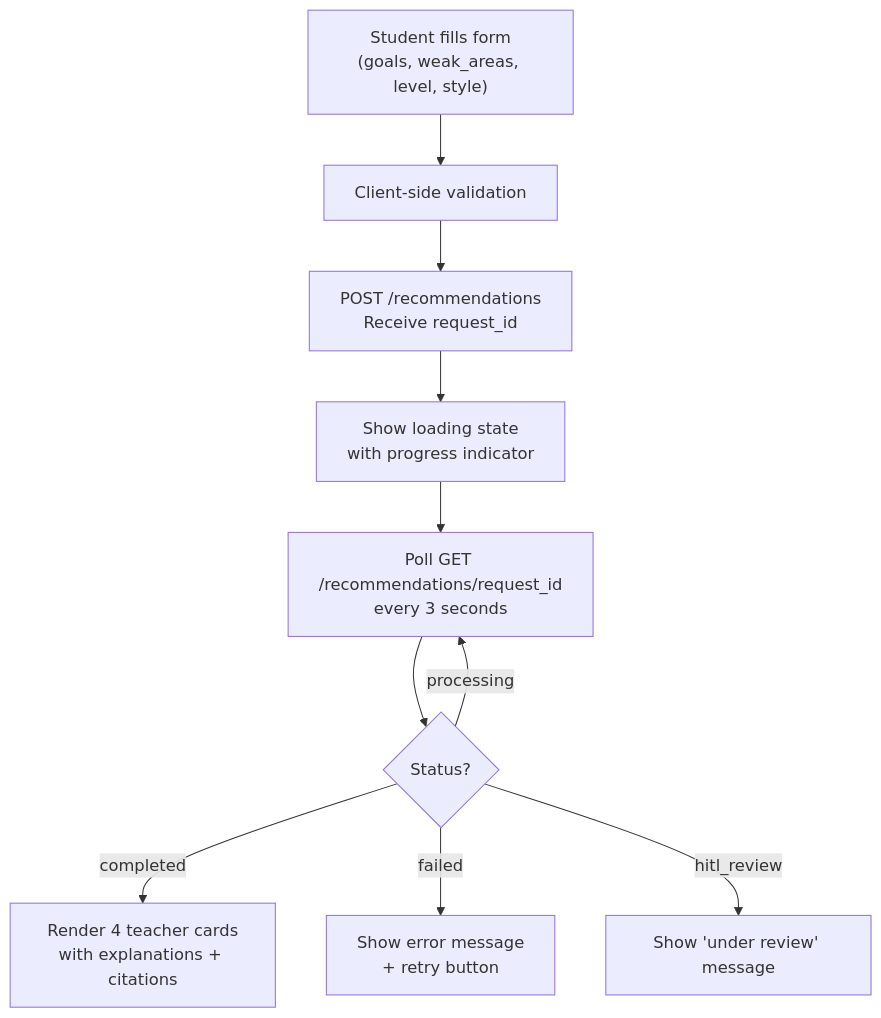
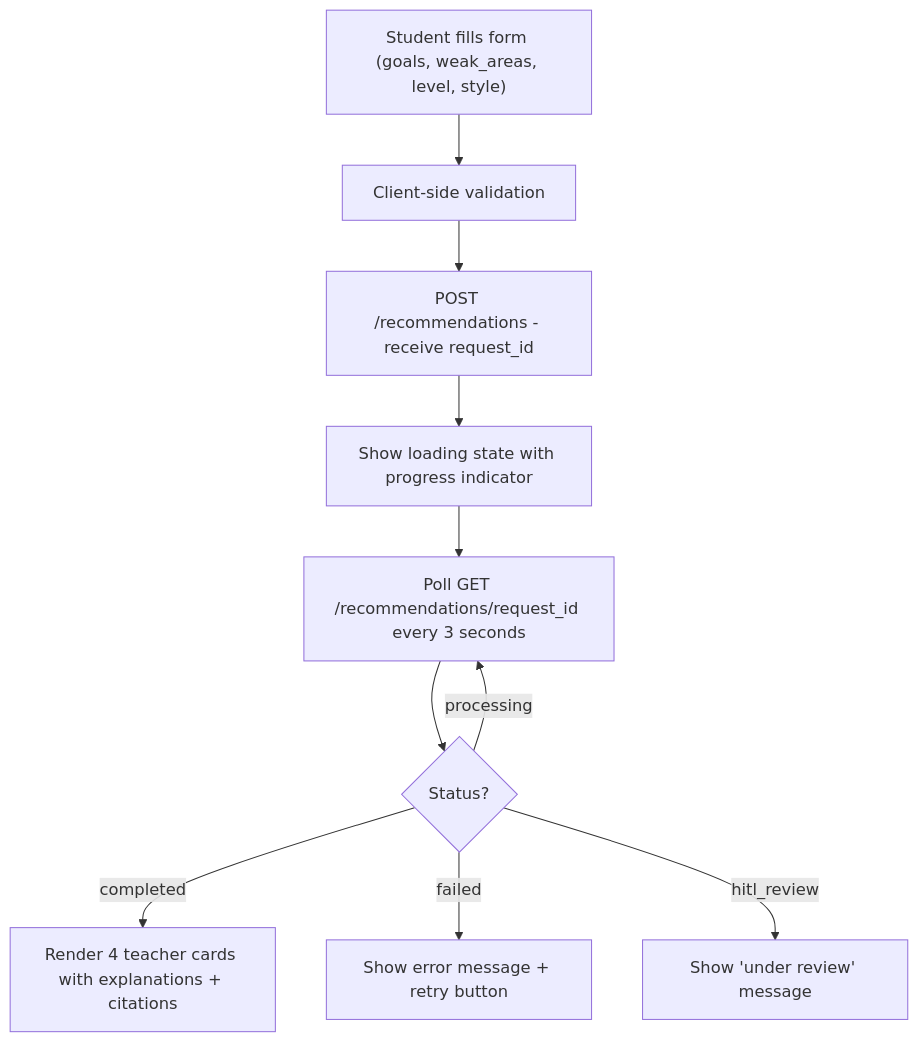
Before and after one commit to JackTran15/TF_AI_Engineer_Assignment: the diagram in tickets/TICKET-016-student-ui.md, drawn with Mermaid. The commit also changed 7 other files, not shown here.

````diff
--- a/tickets/TICKET-016-student-ui.md
+++ b/tickets/TICKET-016-student-ui.md
@@ -43,22 +43,22 @@
 ```mermaid
 flowchart TD
-    form["Student fills form\n(goals, weak_areas, level, style)"]
+    form["Student fills form (goals, weak_areas, level, style)"]
     validate["Client-side validation"]
-    submit["POST /recommendations\nReceive request_id"]
-    loading["Show loading state\nwith progress indicator"]
-    poll["Poll GET /recommendations/request_id\nevery 3 seconds"]
+    submit["POST /recommendations - receive request_id"]
+    loading["Show loading state with progress indicator"]
+    poll["Poll GET /recommendations/request_id every 3 seconds"]
     checkStatus{"Status?"}
-    completed["Render 4 teacher cards\nwith explanations + citations"]
-    failed["Show error message\n+ retry button"]
+    completed["Render 4 teacher cards with explanations + citations"]
+    failed["Show error message + retry button"]
     hitl["Show 'under review' message"]
 
     form --> validate
     validate --> submit
     submit --> loading
     loading --> poll
     poll --> checkStatus
     checkStatus -->|"completed"| completed
     checkStatus -->|"failed"| failed
     checkStatus -->|"hitl_review"| hitl
     checkStatus -->|"processing"| poll
 ```
````
